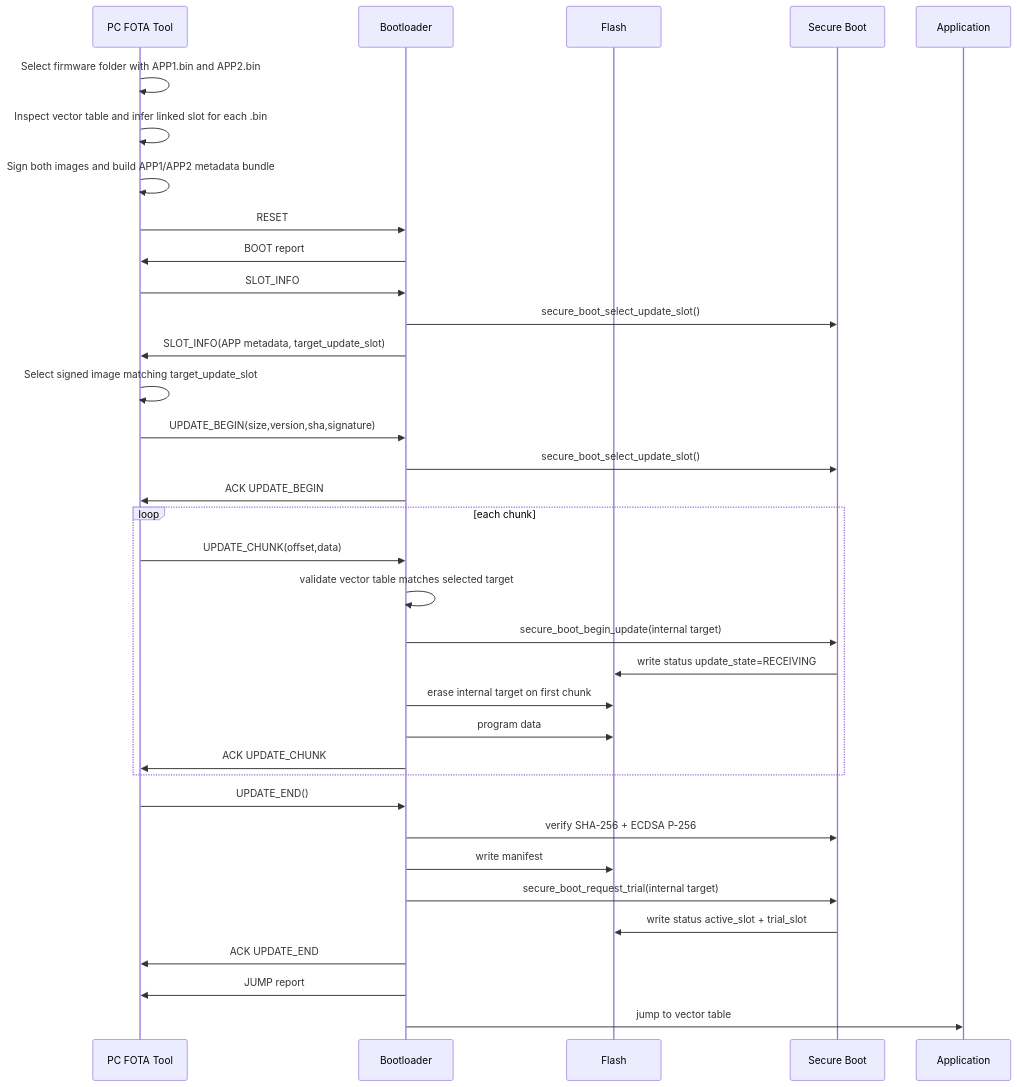
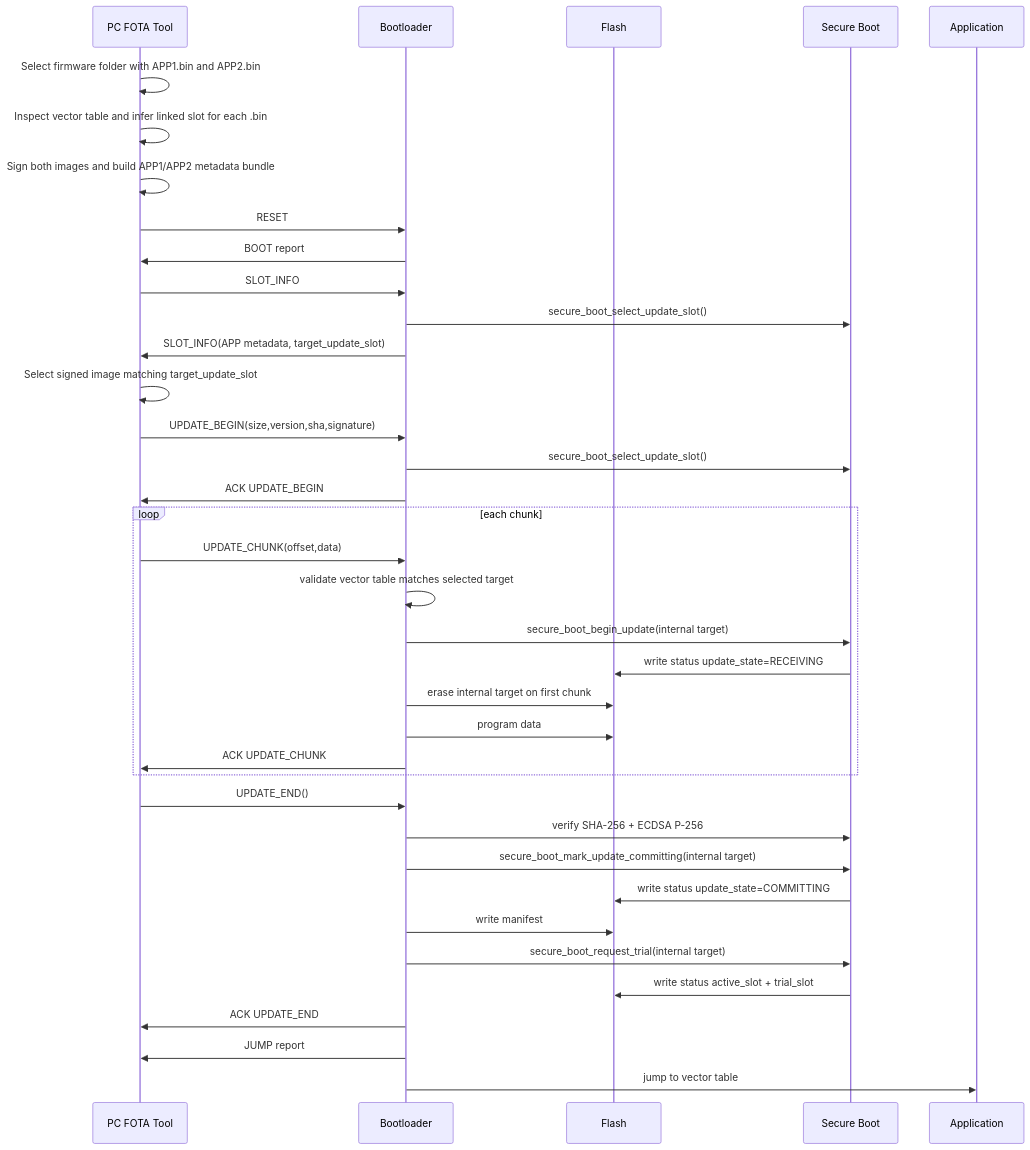
Before and after one commit to tiem-alpha/secure_bootloader: the fifth of 8 diagrams in README.md, drawn with Mermaid. The commit also changed other lines of this file and 4 other files, not shown here.

````diff
--- a/README.md
+++ b/README.md
@@ -508,40 +556,42 @@
 ```mermaid
 sequenceDiagram
     participant PC as PC FOTA Tool
     participant BL as Bootloader
     participant FL as Flash
     participant SB as Secure Boot
     participant APP as Application
 
     PC->>PC: Select firmware folder with APP1.bin and APP2.bin
     PC->>PC: Inspect vector table and infer linked slot for each .bin
     PC->>PC: Sign both images and build APP1/APP2 metadata bundle
     PC->>BL: RESET
     BL->>PC: BOOT report
     PC->>BL: SLOT_INFO
     BL->>SB: secure_boot_select_update_slot()
     BL->>PC: SLOT_INFO(APP metadata, target_update_slot)
     PC->>PC: Select signed image matching target_update_slot
     PC->>BL: UPDATE_BEGIN(size,version,sha,signature)
     BL->>SB: secure_boot_select_update_slot()
     BL->>PC: ACK UPDATE_BEGIN
 
     loop each chunk
         PC->>BL: UPDATE_CHUNK(offset,data)
         BL->>BL: validate vector table matches selected target
         BL->>SB: secure_boot_begin_update(internal target)
         SB->>FL: write status update_state=RECEIVING
         BL->>FL: erase internal target on first chunk
         BL->>FL: program data
         BL->>PC: ACK UPDATE_CHUNK
     end
 
     PC->>BL: UPDATE_END()
     BL->>SB: verify SHA-256 + ECDSA P-256
+    BL->>SB: secure_boot_mark_update_committing(internal target)
+    SB->>FL: write status update_state=COMMITTING
     BL->>FL: write manifest
     BL->>SB: secure_boot_request_trial(internal target)
     SB->>FL: write status active_slot + trial_slot
     BL->>PC: ACK UPDATE_END
     BL->>PC: JUMP report
     BL->>APP: jump to vector table
 ```
````
